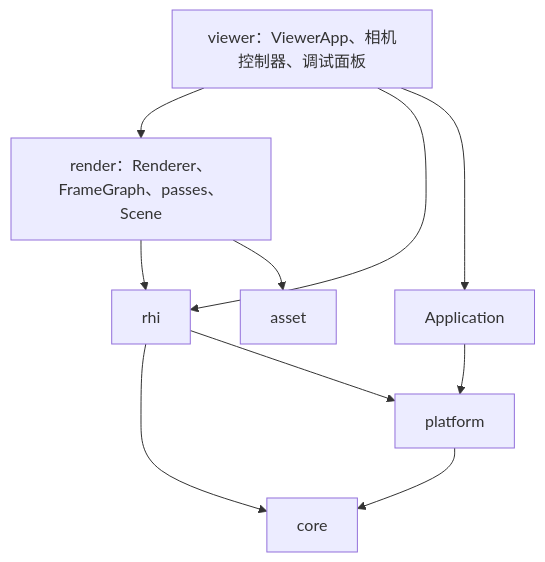
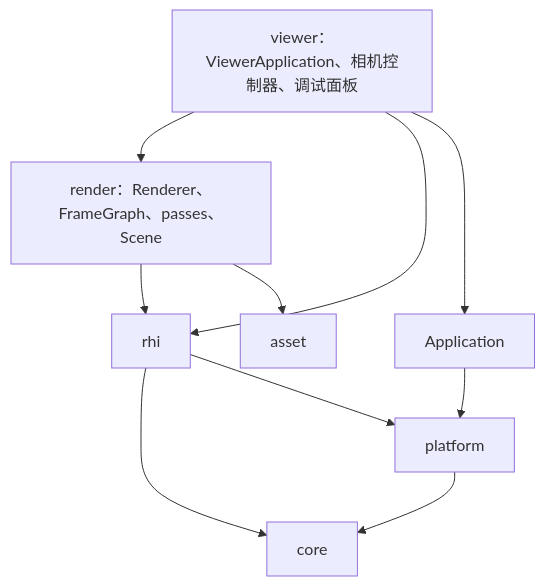
The second of 5 diagrams in docs/Architecture.md (ChenJiaming5613/MEngine), drawn with Mermaid before and after one commit. The commit also changed other lines of this file and 9 other files, not shown here.

Commit message:
Rename OnFrame to OnTick, Iterate to Tick, and ViewerApp to ViewerApplication

````diff
--- a/docs/Architecture.md
+++ b/docs/Architecture.md
@@ -49,8 +49,8 @@
 ```mermaid
 graph TB
-    viewer["viewer：ViewerApp、相机控制器、调试面板"] --> render & rhi & Application
+    viewer["viewer：ViewerApplication、相机控制器、调试面板"] --> render & rhi & Application
     Application --> platform
     render["render：Renderer、FrameGraph、passes、Scene"] --> rhi & asset
     rhi --> core & platform
     platform --> core
 ```
````
